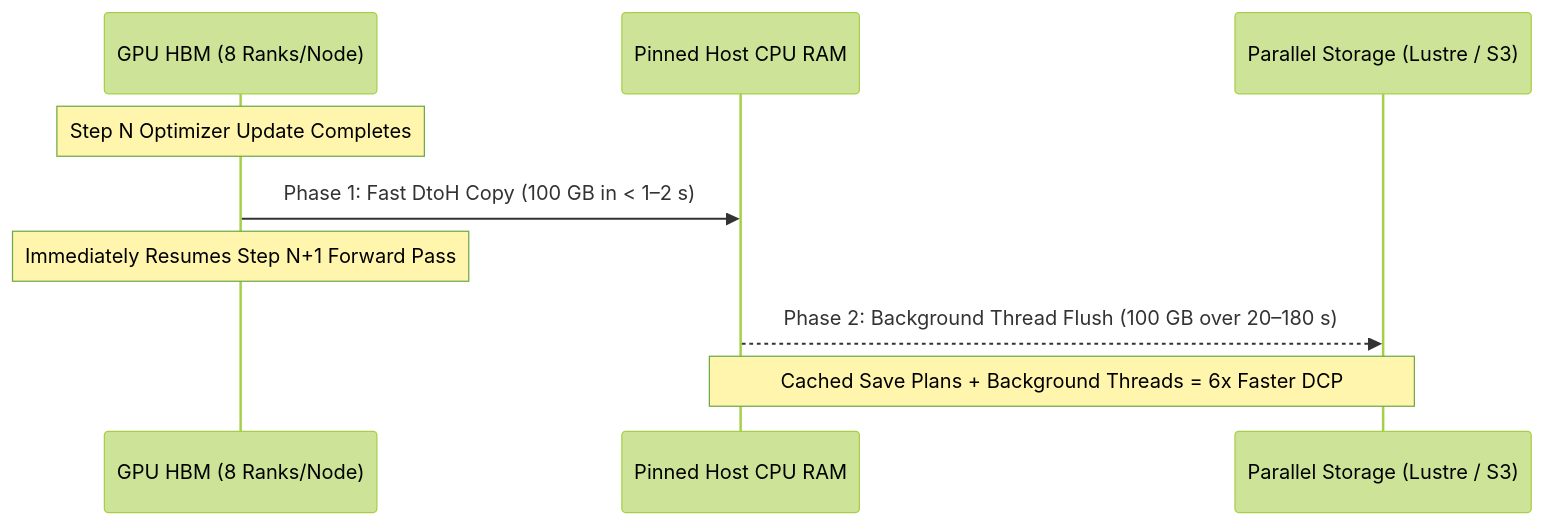
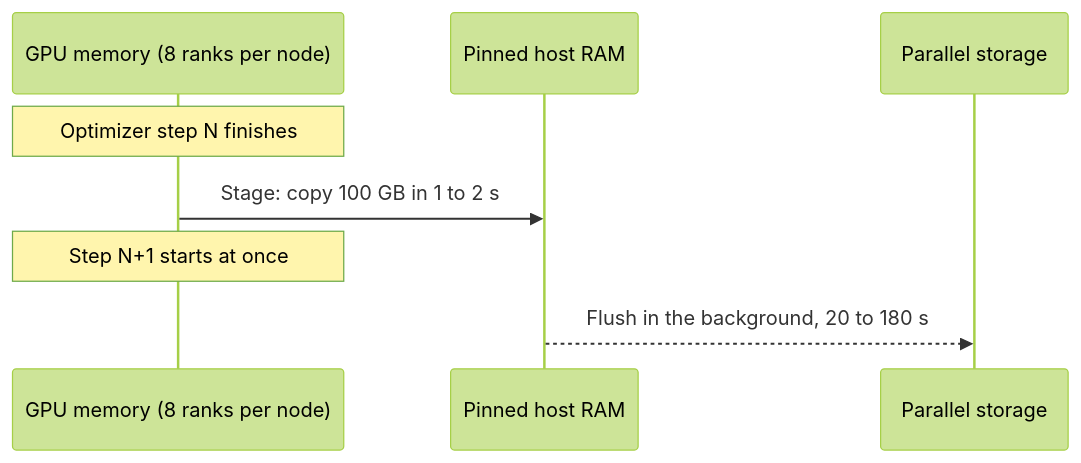
Before and after one commit to jithinpnjm/ai-infra-handbook: the second of 3 diagrams in docs/part-14-training-finetuning/11-checkpointing-fault-tolerance-and-elastic-training.md, drawn with Mermaid (forest theme). The commit also changed other lines of this file and 8 other files, not shown here.

````diff
--- a/docs/part-14-training-finetuning/11-checkpointing-fault-tolerance-and-elastic-training.md
+++ b/docs/part-14-training-finetuning/11-checkpointing-fault-tolerance-and-elastic-training.md
@@ -238,12 +188,11 @@
 ```mermaid
 sequenceDiagram
-    participant GPU as GPU HBM (8 Ranks/Node)
-    participant RAM as Pinned Host CPU RAM
-    participant FS as Parallel Storage (Lustre / S3)
+    participant GPU as GPU memory (8 ranks per node)
+    participant RAM as Pinned host RAM
+    participant FS as Parallel storage
 
-    Note over GPU: Step N Optimizer Update Completes
-    GPU->>RAM: Phase 1: Fast DtoH Copy (100 GB in < 1–2 s)
-    Note over GPU: Immediately Resumes Step N+1 Forward Pass
-    RAM-->>FS: Phase 2: Background Thread Flush (100 GB over 20–180 s)
-    Note over RAM,FS: Cached Save Plans + Background Threads = 6x Faster DCP
+    Note over GPU: Optimizer step N finishes
+    GPU->>RAM: Stage: copy 100 GB in 1 to 2 s
+    Note over GPU: Step N+1 starts at once
+    RAM-->>FS: Flush in the background, 20 to 180 s
 ```
````
